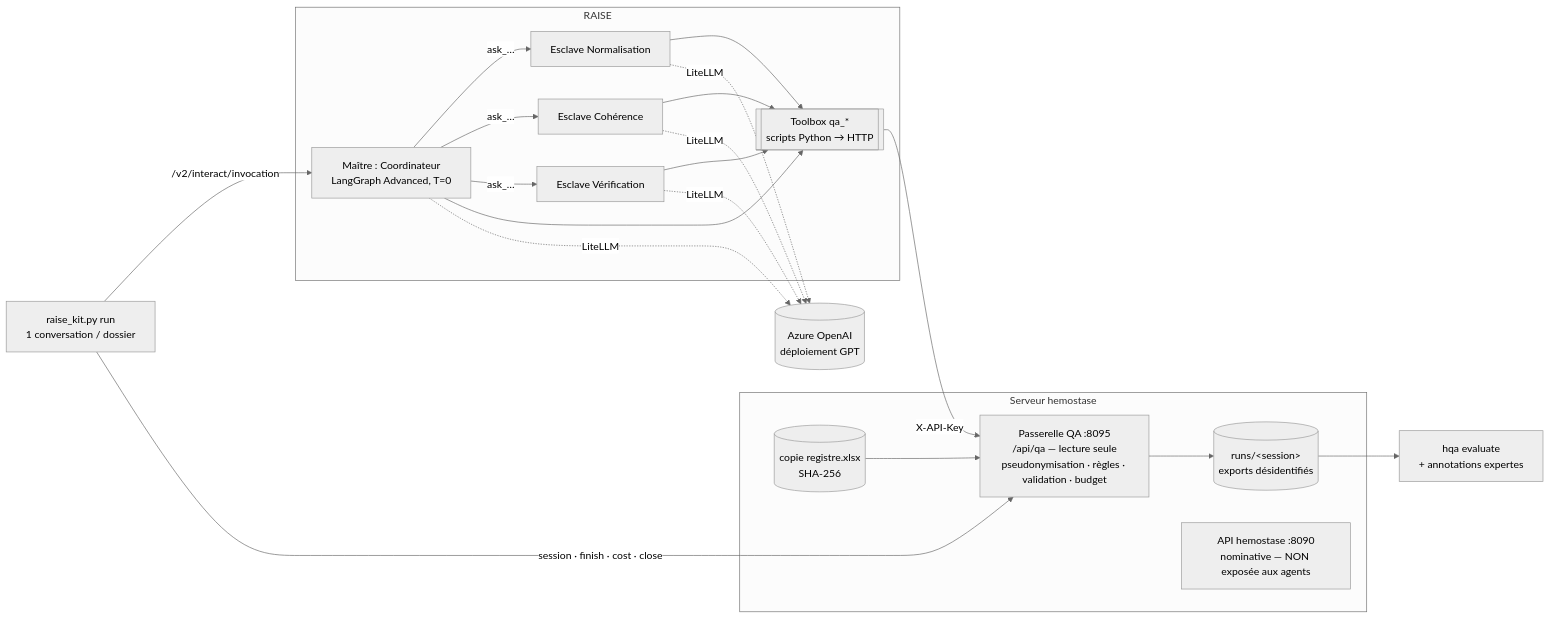
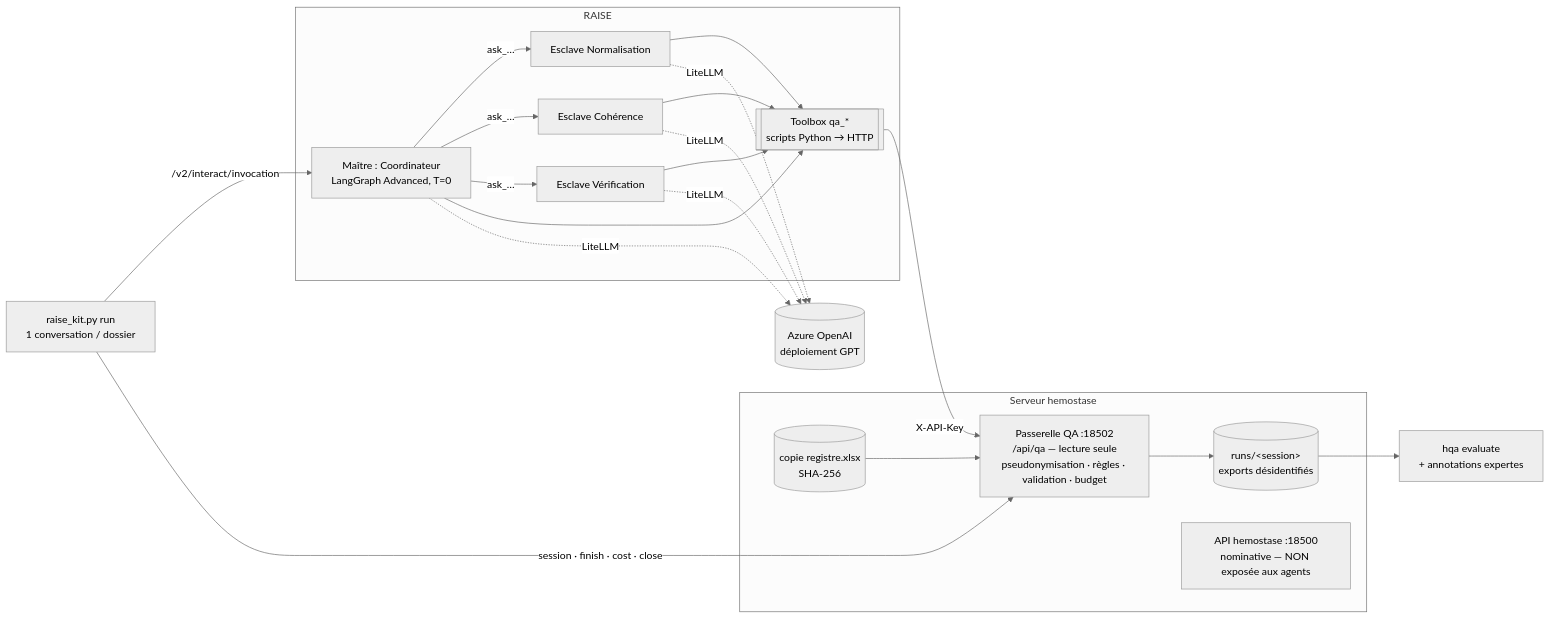
Before and after one commit to hatembellaaj/hemostase: the diagram in agentic-qa/raise/README.md, drawn with Mermaid (neutral theme). The commit also changed other lines of this file and 12 other files, not shown here.

````diff
--- a/agentic-qa/raise/README.md
+++ b/agentic-qa/raise/README.md
@@ -32,24 +32,24 @@
 ```mermaid
 flowchart LR
   subgraph Serveur hemostase
     XLSX[(copie registre.xlsx<br/>SHA-256)] --> GW
-    GW[Passerelle QA :8095<br/>/api/qa — lecture seule<br/>pseudonymisation · règles · validation · budget]
+    GW[Passerelle QA :18502<br/>/api/qa — lecture seule<br/>pseudonymisation · règles · validation · budget]
     GW --> RUNS[(runs/&lt;session&gt;<br/>exports désidentifiés)]
-    API8090[API hemostase :8090<br/>nominative — NON exposée aux agents]
+    API8090[API hemostase :18500<br/>nominative — NON exposée aux agents]
   end
   subgraph RAISE
     M[Maître : Coordinateur<br/>LangGraph Advanced, T=0]
     N[Esclave Normalisation]
     C[Esclave Cohérence]
     V[Esclave Vérification]
     TB[[Toolbox qa_* <br/>scripts Python → HTTP]]
     M -- ask_… --> N & C & V
     M & N & C & V --> TB
   end
   AZ[(Azure OpenAI<br/>déploiement GPT)]
   M & N & C & V -. LiteLLM .-> AZ
   TB -- X-API-Key --> GW
   K[raise_kit.py run<br/>1 conversation / dossier] -- /v2/interact/invocation --> M
   K -- session · finish · cost · close --> GW
   RUNS --> EV[hqa evaluate<br/>+ annotations expertes]
 ```
````
